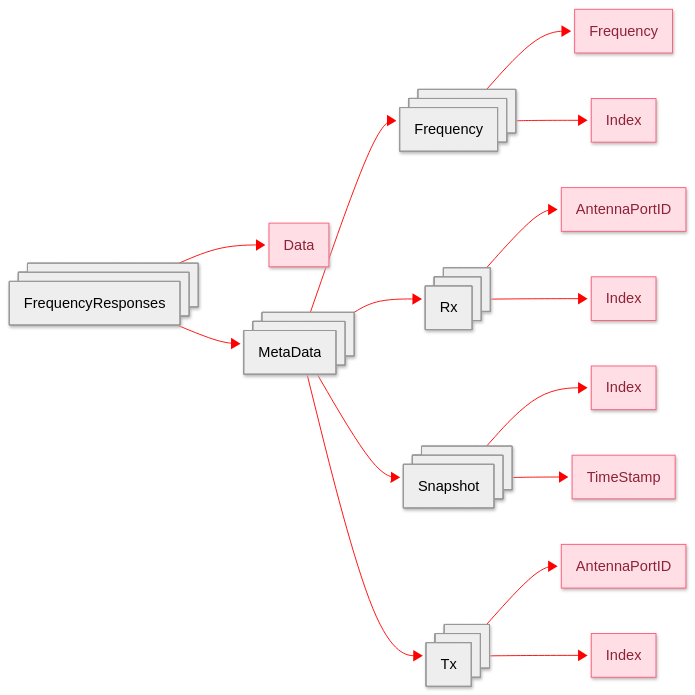
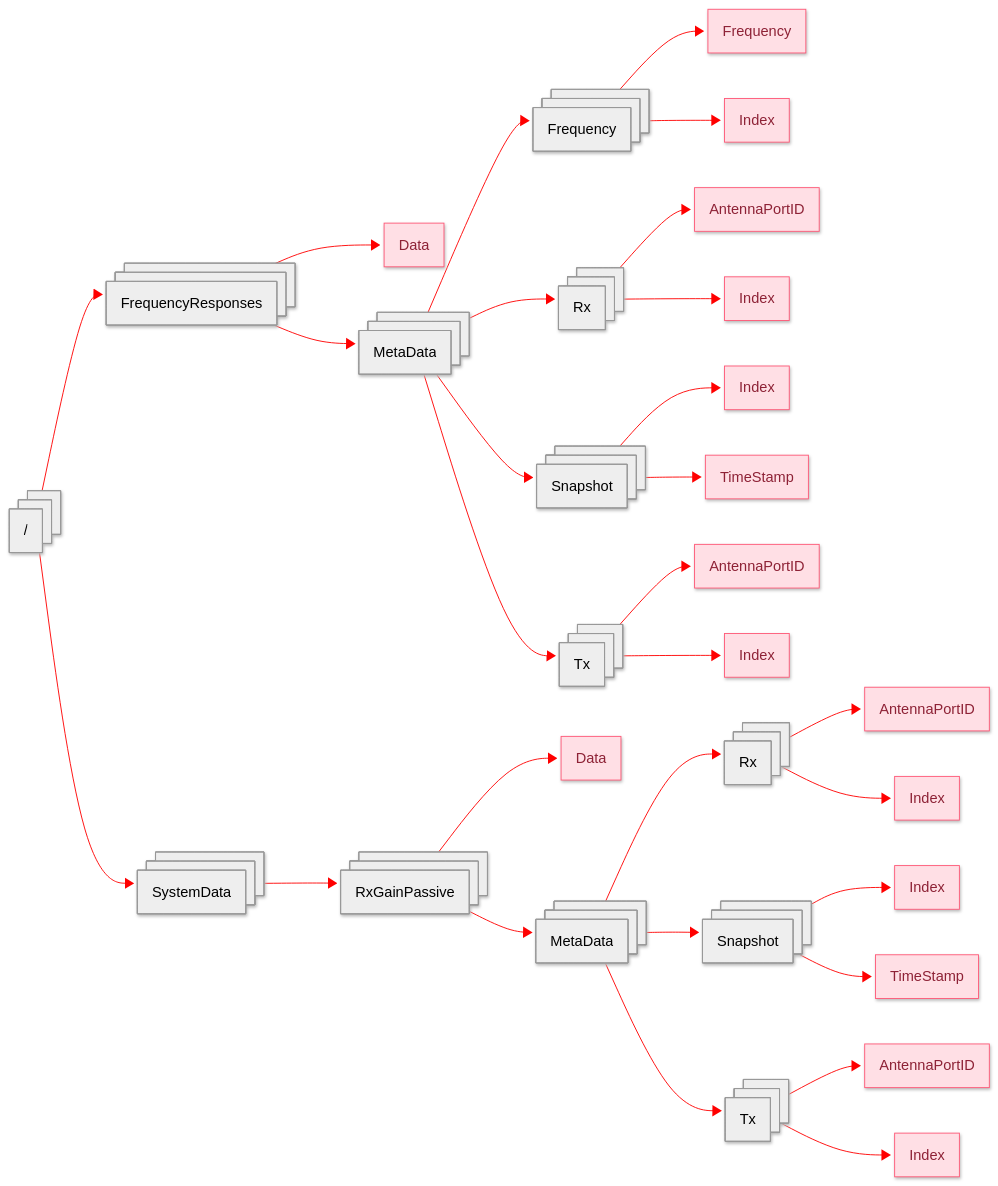
The diagram in content/dataset/fyoris/index.md (EMS-TU-Ilmenau/EMS-TU-Ilmenau.github.io), drawn with Mermaid before and after one commit.

````diff
--- a/content/dataset/fyoris/index.md
+++ b/content/dataset/fyoris/index.md
@@ -29,7 +29,10 @@
     lineColor: red
   layout: tidy-tree
 ---
+
 flowchart LR
+root@{label: "/", shape: procs}
+root:::colorGroup
 FrequencyResponses@{label: "FrequencyResponses", shape: procs}
 FrequencyResponses:::colorGroup
 FrequencyResponses_Data["Data "]
@@ -74,6 +77,46 @@
 FrequencyResponses_MetaData_Tx --> FrequencyResponses_MetaData_Tx_Index
 FrequencyResponses_MetaData --> FrequencyResponses_MetaData_Tx
 FrequencyResponses --> FrequencyResponses_MetaData
+root --> FrequencyResponses
+SystemData@{label: "SystemData", shape: procs}
+SystemData:::colorGroup
+SystemData_RxGainPassive@{label: "RxGainPassive", shape: procs}
+SystemData_RxGainPassive:::colorGroup
+SystemData_RxGainPassive_Data["Data "]
+SystemData_RxGainPassive_Data:::colorDataset
+SystemData_RxGainPassive --> SystemData_RxGainPassive_Data
+SystemData_RxGainPassive_MetaData@{label: "MetaData", shape: procs}
+SystemData_RxGainPassive_MetaData:::colorGroup
+SystemData_RxGainPassive_MetaData_Rx@{label: "Rx", shape: procs}
+SystemData_RxGainPassive_MetaData_Rx:::colorGroup
+SystemData_RxGainPassive_MetaData_Rx_AntennaPortID["AntennaPortID "]
+SystemData_RxGainPassive_MetaData_Rx_AntennaPortID:::colorDataset
+SystemData_RxGainPassive_MetaData_Rx --> SystemData_RxGainPassive_MetaData_Rx_AntennaPortID
+SystemData_RxGainPassive_MetaData_Rx_Index["Index "]
+SystemData_RxGainPassive_MetaData_Rx_Index:::colorDataset
+SystemData_RxGainPassive_MetaData_Rx --> SystemData_RxGainPassive_MetaData_Rx_Index
+SystemData_RxGainPassive_MetaData --> SystemData_RxGainPassive_MetaData_Rx
+SystemData_RxGainPassive_MetaData_Snapshot@{label: "Snapshot", shape: procs}
+SystemData_RxGainPassive_MetaData_Snapshot:::colorGroup
+SystemData_RxGainPassive_MetaData_Snapshot_Index["Index "]
+SystemData_RxGainPassive_MetaData_Snapshot_Index:::colorDataset
+SystemData_RxGainPassive_MetaData_Snapshot --> SystemData_RxGainPassive_MetaData_Snapshot_Index
+SystemData_RxGainPassive_MetaData_Snapshot_TimeStamp["TimeStamp "]
+SystemData_RxGainPassive_MetaData_Snapshot_TimeStamp:::colorDataset
+SystemData_RxGainPassive_MetaData_Snapshot --> SystemData_RxGainPassive_MetaData_Snapshot_TimeStamp
+SystemData_RxGainPassive_MetaData --> SystemData_RxGainPassive_MetaData_Snapshot
+SystemData_RxGainPassive_MetaData_Tx@{label: "Tx", shape: procs}
+SystemData_RxGainPassive_MetaData_Tx:::colorGroup
+SystemData_RxGainPassive_MetaData_Tx_AntennaPortID["AntennaPortID "]
+SystemData_RxGainPassive_MetaData_Tx_AntennaPortID:::colorDataset
+SystemData_RxGainPassive_MetaData_Tx --> SystemData_RxGainPassive_MetaData_Tx_AntennaPortID
+SystemData_RxGainPassive_MetaData_Tx_Index["Index "]
+SystemData_RxGainPassive_MetaData_Tx_Index:::colorDataset
+SystemData_RxGainPassive_MetaData_Tx --> SystemData_RxGainPassive_MetaData_Tx_Index
+SystemData_RxGainPassive_MetaData --> SystemData_RxGainPassive_MetaData_Tx
+SystemData_RxGainPassive --> SystemData_RxGainPassive_MetaData
+SystemData --> SystemData_RxGainPassive
+root --> SystemData
 classDef colorDataset stroke-width:1px, stroke-dasharray:none, stroke:#FF5978, fill:#FFDFE5, color:#8E2236
 classDef colorGroup stroke-width:1px, stroke-dasharray:none, stroke:#999999, fill:#EEEEEE, color:#000000
 ```
````
